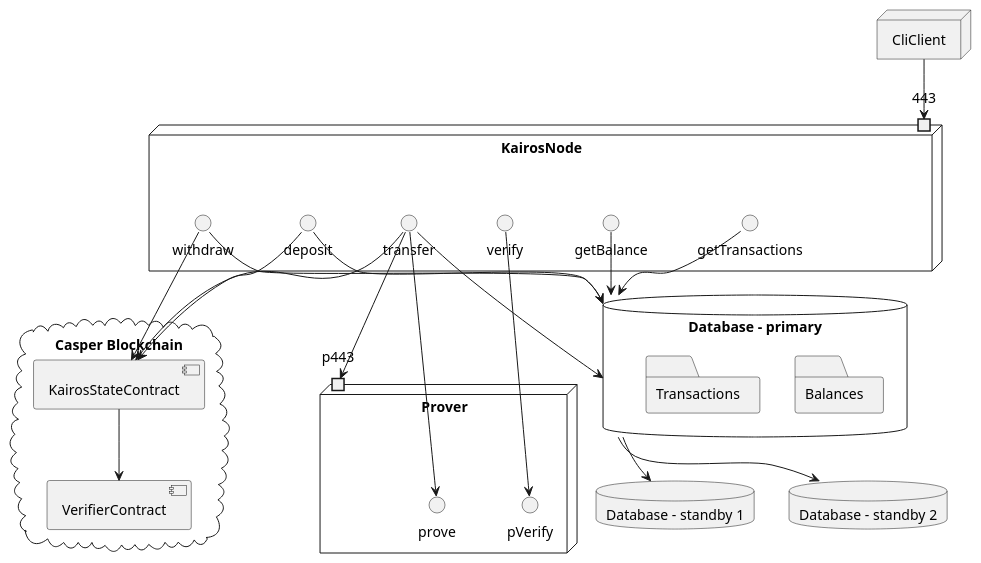
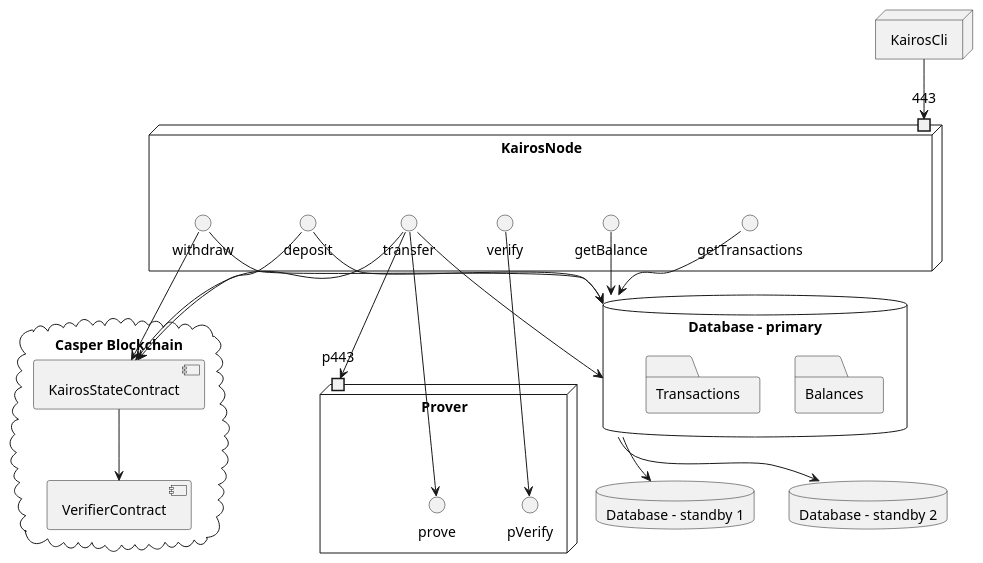
One commit to cspr-rad/kairos-spec changed the diagram in diagrams/components_diagram.puml. Above: the diagram before and after it, drawn with PlantUML.

Commit message:
diagrams: update components diagram

```diff
--- a/diagrams/components_diagram.puml
+++ b/diagrams/components_diagram.puml
@@ -1,60 +1,60 @@
 @startuml
-node "CliClient" {
+node "KairosCli" {
 }
 
 node "KairosNode" {
   port 443
   () "deposit"
   () "withdraw"
   () "transfer"
   () "verify"
   () "getBalance"
   () "getTransactions"
 }
 
 node "Prover" {
   port p443
   () "prove"
   () "pVerify"
 }
 
 database "Database - primary" {
   folder "Balances" {
   }
   folder "Transactions" {
   }
 }
 database "Database - standby 1" {
 }
 database "Database - standby 2" {
 }
 cloud "Casper Blockchain" {
   [VerifierContract]
   [KairosStateContract]
 }
 
-"CliClient" --> "443"
+"KairosCli" --> "443"
 
 "transfer" --> "p443"
 "transfer"  --> "prove"
 "transfer"  --> "Database - primary"
 "transfer"  --> "KairosStateContract"
 
 
 "deposit"  --> "KairosStateContract"
 "deposit"  --> "Database - primary"
 
 "withdraw"  --> "KairosStateContract"
 "withdraw"  --> "Database - primary"
 
 "verify" --> "pVerify"
 
 "getBalance"  --> "Database - primary"
 
 "getTransactions"  --> "Database - primary"
 
 "Database - primary" --> "Database - standby 1"
 "Database - primary" --> "Database - standby 2"
 
 "KairosStateContract" --> "VerifierContract"
 @enduml
```
